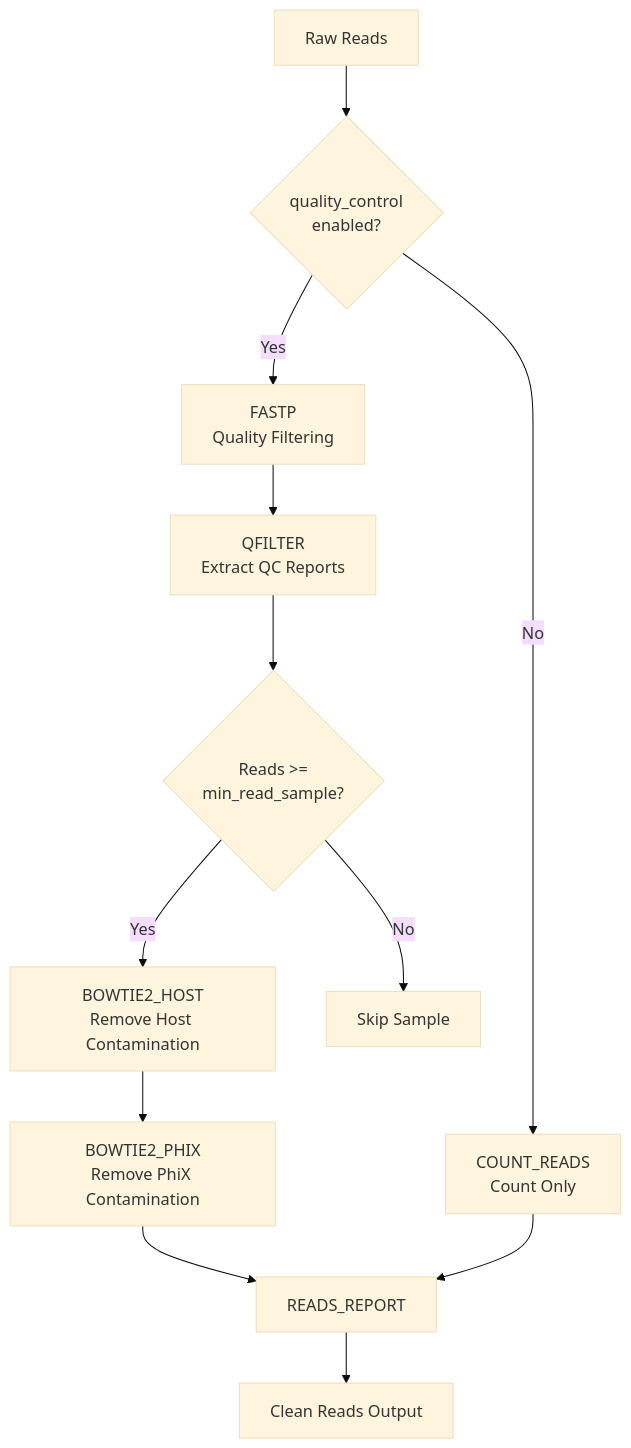
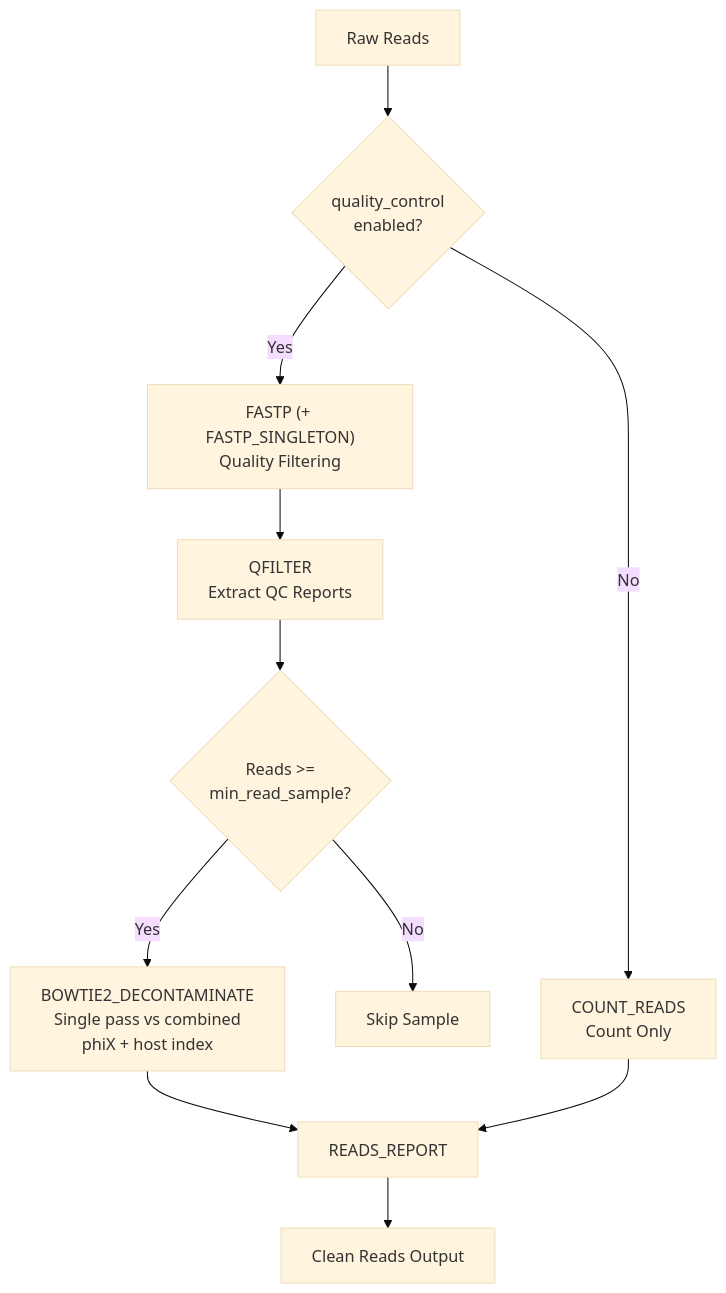
One commit to gene2dis/BugBuster changed the fourth of 8 diagrams in docs/WORKFLOW_DIAGRAM.md. Above: the diagram before and after it, drawn with Mermaid (base theme). The commit also changed other lines of this file and 17 other files, not shown here.

````diff
--- a/docs/WORKFLOW_DIAGRAM.md
+++ b/docs/WORKFLOW_DIAGRAM.md
@@ -116,17 +123,16 @@
 ```mermaid
 flowchart TD
     Reads[Raw Reads] --> QCCheck{quality_control<br/>enabled?}
     
-    QCCheck -->|Yes| FASTP[FASTP<br/>Quality Filtering]
+    QCCheck -->|Yes| FASTP["FASTP (+ FASTP_SINGLETON)<br/>Quality Filtering"]
     FASTP --> QFILTER[QFILTER<br/>Extract QC Reports]
     QFILTER --> MinReads{Reads >=<br/>min_read_sample?}
-    MinReads -->|Yes| HostFilter[BOWTIE2_HOST<br/>Remove Host Contamination]
+    MinReads -->|Yes| Decontaminate[BOWTIE2_DECONTAMINATE<br/>Single pass vs combined<br/>phiX + host index]
     MinReads -->|No| Skip1[Skip Sample]
-    HostFilter --> PhiXFilter[BOWTIE2_PHIX<br/>Remove PhiX Contamination]
-    PhiXFilter --> ReadsReport[READS_REPORT]
+    Decontaminate --> ReadsReport[READS_REPORT]
     
     QCCheck -->|No| CountReads[COUNT_READS<br/>Count Only]
     CountReads --> ReadsReport
     
     ReadsReport --> CleanReads[Clean Reads Output]
 ```
````
